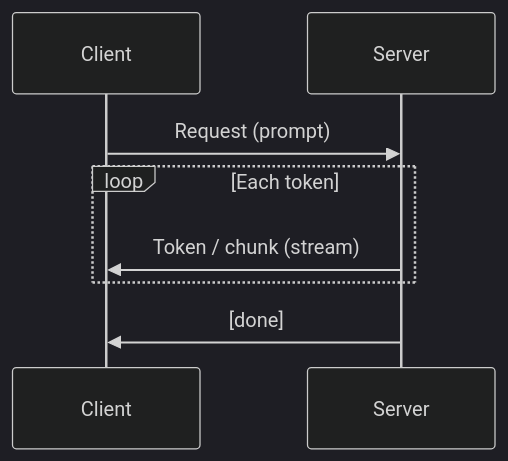
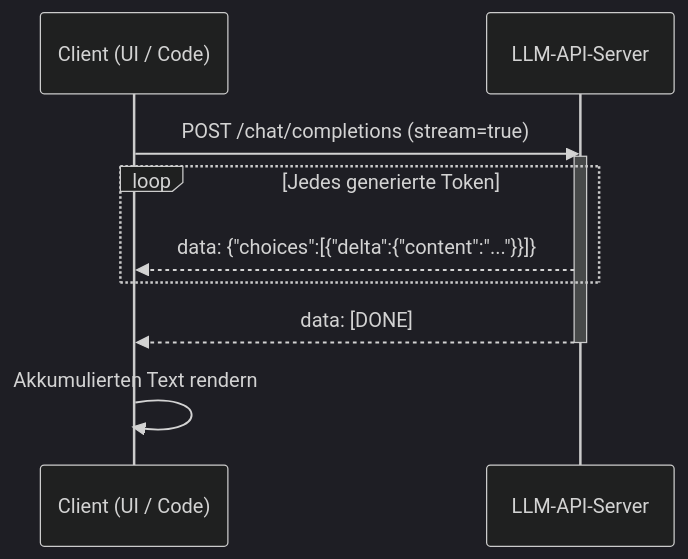
The diagram in i18n/de/docusaurus-plugin-content-docs/current/llms/streaming.md (EmersonBraun/ai-summary-hub), drawn with Mermaid (dark theme) before and after one commit. The commit also changed other lines of this file and 178 other files, not shown here.

````diff
--- a/i18n/de/docusaurus-plugin-content-docs/current/llms/streaming.md
+++ b/i18n/de/docusaurus-plugin-content-docs/current/llms/streaming.md
@@ -17,10 +21,13 @@
 ```mermaid
 sequenceDiagram
-  participant Client
-  participant Server
-  Client->>Server: Request (prompt)
-  loop Each token
-    Server->>Client: Token / chunk (stream)
+  participant Client as Client (UI / Code)
+  participant Server as LLM-API-Server
+  Client->>Server: POST /chat/completions (stream=true)
+  activate Server
+  loop Jedes generierte Token
+    Server-->>Client: data: {"choices":[{"delta":{"content":"..."}}]}
   end
-  Server->>Client: [done]
+  Server-->>Client: data: [DONE]
+  deactivate Server
+  Client->>Client: Akkumulierten Text rendern
 ```
````
